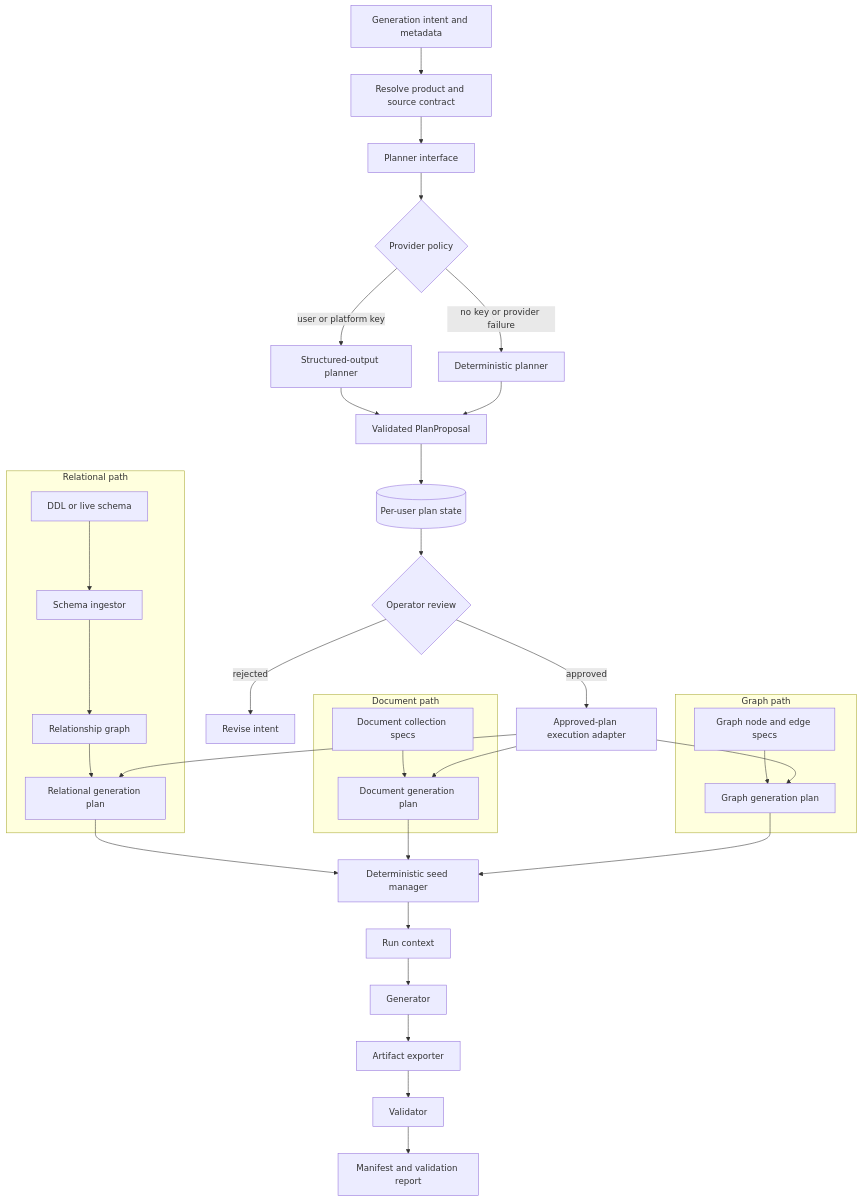
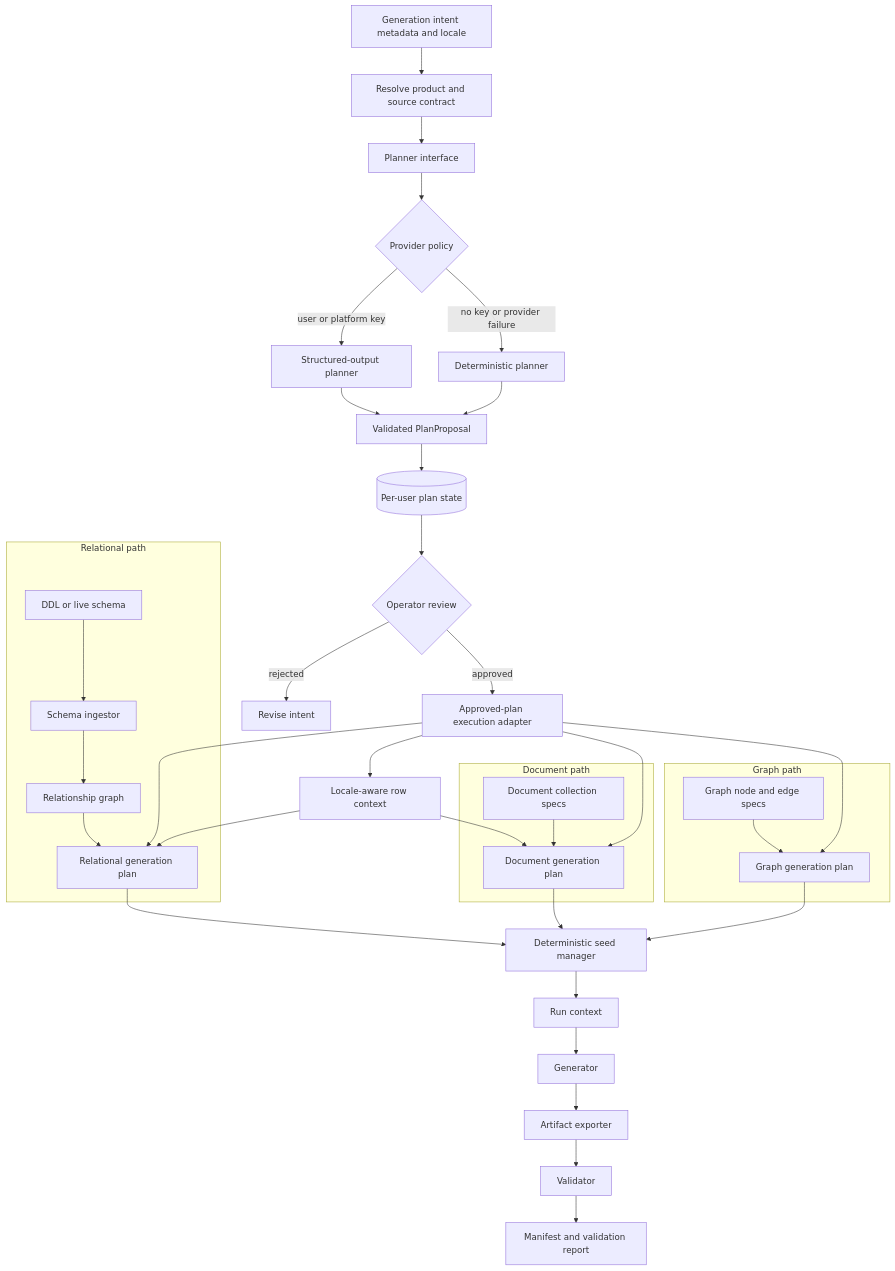
One commit to smitzo/DataBoom changed the third of 10 diagrams in docs/engineering/high-level-design.md. Above: the diagram before and after it, drawn with Mermaid. The commit also changed other lines of this file and 13 other files, not shown here.

````diff
--- a/docs/engineering/high-level-design.md
+++ b/docs/engineering/high-level-design.md
@@ -64,40 +64,43 @@
 ```mermaid
 flowchart TD
-    Request[Generation intent and metadata] --> ProductResolver[Resolve product and source contract]
+    Request[Generation intent metadata and locale] --> ProductResolver[Resolve product and source contract]
     ProductResolver --> PlannerBoundary[Planner interface]
     PlannerBoundary --> ProviderPolicy{Provider policy}
     ProviderPolicy -->|user or platform key| StructuredPlanner[Structured-output planner]
     ProviderPolicy -->|no key or provider failure| LocalPlanner[Deterministic planner]
     StructuredPlanner --> Proposal[Validated PlanProposal]
     LocalPlanner --> Proposal
     Proposal --> PlanStore[(Per-user plan state)]
     PlanStore --> Review{Operator review}
     Review -->|rejected| Revise[Revise intent]
     Review -->|approved| ExecutionAdapter[Approved-plan execution adapter]
+    ExecutionAdapter --> LocaleContext[Locale-aware row context]
 
     subgraph RelationalPath[Relational path]
         DDL[DDL or live schema] --> SchemaIngestor[Schema ingestor]
         SchemaIngestor --> RelationshipGraph[Relationship graph]
         RelationshipGraph --> RelationalPlan[Relational generation plan]
     end
 
     subgraph DocumentPath[Document path]
         DocumentSpec[Document collection specs] --> DocumentPlan[Document generation plan]
     end
 
     subgraph GraphPath[Graph path]
         GraphSpec[Graph node and edge specs] --> GraphPlan[Graph generation plan]
     end
 
     ExecutionAdapter --> RelationalPlan
     ExecutionAdapter --> DocumentPlan
     ExecutionAdapter --> GraphPlan
+    LocaleContext --> RelationalPlan
+    LocaleContext --> DocumentPlan
     RelationalPlan --> SeedManager[Deterministic seed manager]
     DocumentPlan --> SeedManager
     GraphPlan --> SeedManager
     SeedManager --> Runtime[Run context]
     Runtime --> Generator[Generator]
     Generator --> Exporter[Artifact exporter]
     Exporter --> Validator[Validator]
     Validator --> Manifest[Manifest and validation report]
 ```
````
